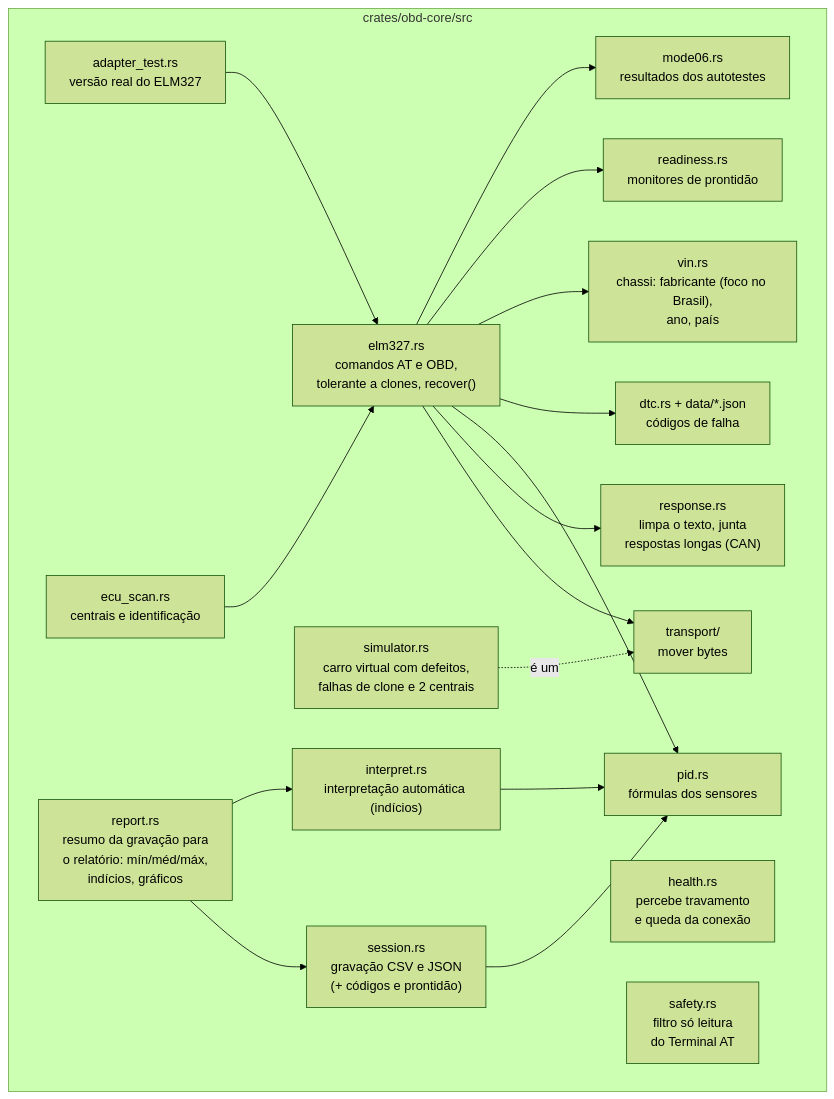
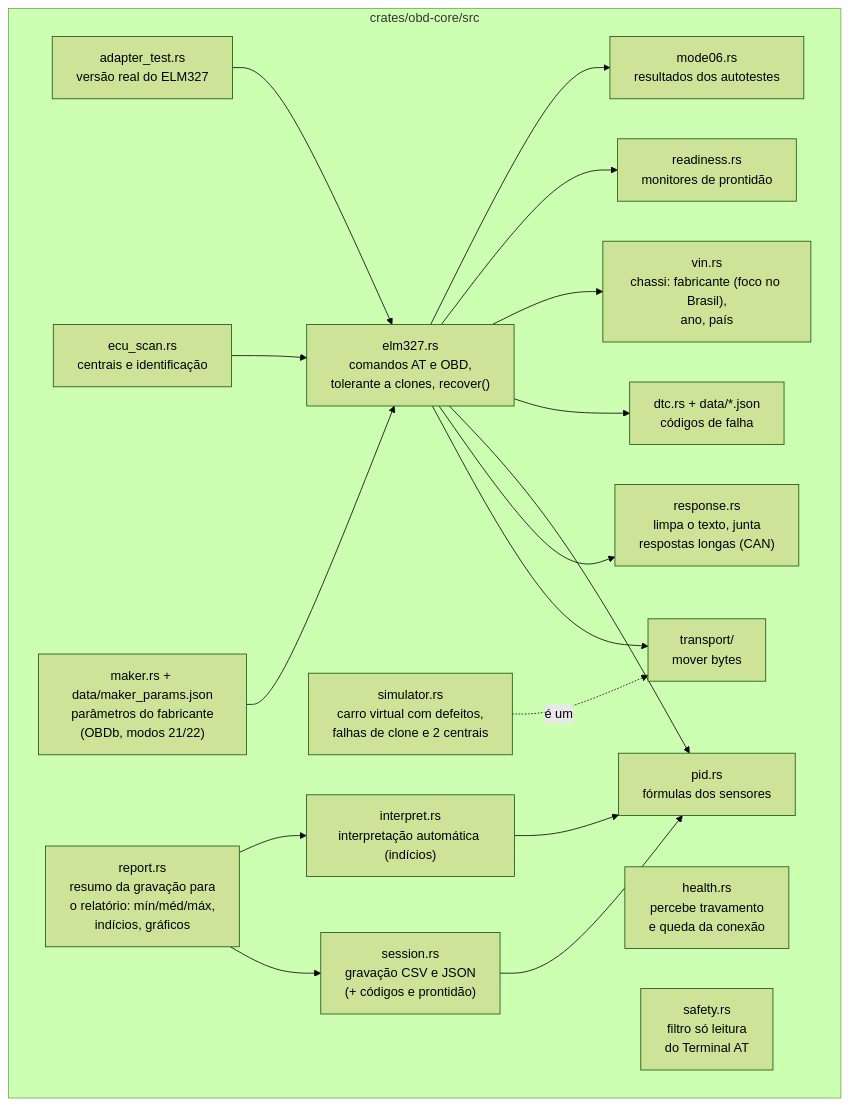
One commit to samuvieceli/obd2-scanner changed the fourth of 18 diagrams in docs/DIAGRAMAS.md. Above: the diagram before and after it, drawn with Mermaid (forest theme). The commit also changed other lines of this file and 34 other files, not shown here.

````diff
--- a/docs/DIAGRAMAS.md
+++ b/docs/DIAGRAMAS.md
@@ -109,30 +109,32 @@
 ```mermaid
 flowchart TB
     subgraph core["crates/obd-core/src"]
         transport["transport/<br/>mover bytes"]
         elm327["elm327.rs<br/>comandos AT e OBD,<br/>tolerante a clones, recover()"]
         response["response.rs<br/>limpa o texto, junta<br/>respostas longas (CAN)"]
         health["health.rs<br/>percebe travamento<br/>e queda da conexão"]
         pid["pid.rs<br/>fórmulas dos sensores"]
         dtc["dtc.rs + data/*.json<br/>códigos de falha"]
         vin["vin.rs<br/>chassi: fabricante (foco no Brasil),<br/>ano, país"]
         readiness["readiness.rs<br/>monitores de prontidão"]
         mode06["mode06.rs<br/>resultados dos autotestes"]
         interpret["interpret.rs<br/>interpretação automática (indícios)"]
         session["session.rs<br/>gravação CSV e JSON<br/>(+ códigos e prontidão)"]
         report["report.rs<br/>resumo da gravação para<br/>o relatório: mín/méd/máx,<br/>indícios, gráficos"]
         simulator["simulator.rs<br/>carro virtual com defeitos,<br/>falhas de clone e 2 centrais"]
         adaptertest["adapter_test.rs<br/>versão real do ELM327"]
         ecuscan["ecu_scan.rs<br/>centrais e identificação"]
         safety["safety.rs<br/>filtro só leitura<br/>do Terminal AT"]
+        maker["maker.rs + data/maker_params.json<br/>parâmetros do fabricante<br/>(OBDb, modos 21/22)"]
     end
     adaptertest --> elm327
     ecuscan --> elm327
     elm327 --> transport
     elm327 --> response
     elm327 --> pid & dtc & vin & readiness & mode06
+    maker --> elm327
     simulator -. "é um" .-> transport
     interpret --> pid
     session --> pid
     report --> session & interpret
 ```
````
